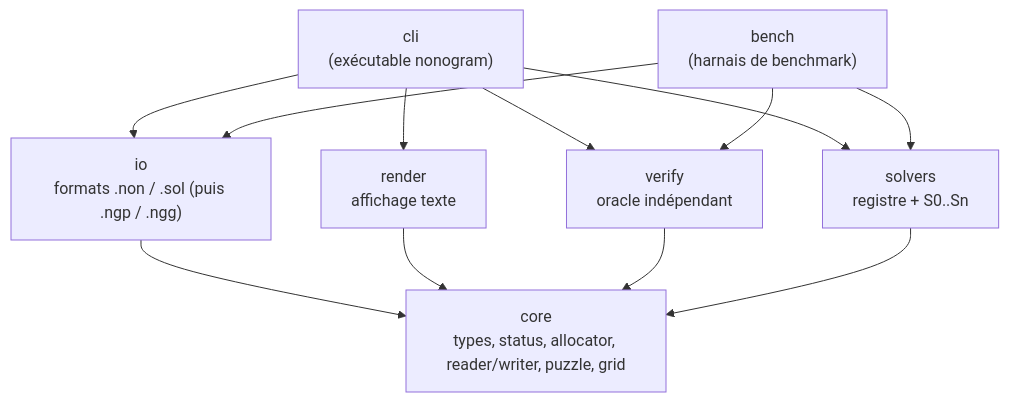
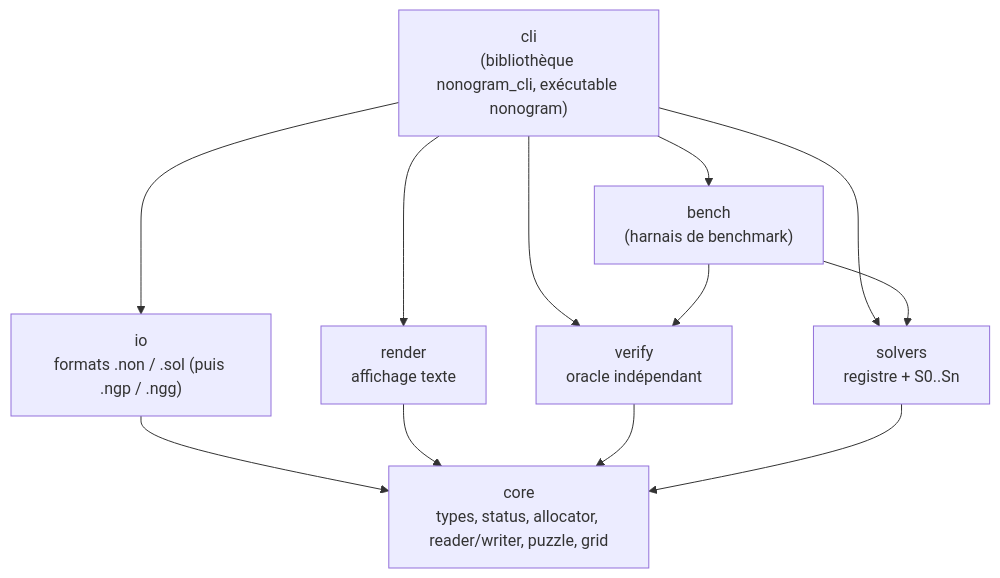
One commit to lou-is-bea/nonogram-solver changed the diagram in docs/ARCHITECTURE.md. Above: the diagram before and after it, drawn with Mermaid. The commit also changed other lines of this file and 110 other files, not shown here.

First line of the commit message:
feat(bench): add the benchmark harness and nonogram bench (#20)

````diff
--- a/docs/ARCHITECTURE.md
+++ b/docs/ARCHITECTURE.md
@@ -11,17 +11,17 @@
 ```mermaid
 flowchart TD
-    cli["cli<br/>(exécutable nonogram)"]
+    cli["cli<br/>(bibliothèque nonogram_cli, exécutable nonogram)"]
     bench["bench<br/>(harnais de benchmark)"]
     io["io<br/>formats .non / .sol (puis .ngp / .ngg)"]
     render["render<br/>affichage texte"]
     verify["verify<br/>oracle indépendant"]
     solvers["solvers<br/>registre + S0..Sn"]
     core["core<br/>types, status, allocator, reader/writer, puzzle, grid"]
 
-    cli --> io & render & verify & solvers
-    bench --> io & verify & solvers
+    cli --> io & render & verify & solvers & bench
+    bench --> verify & solvers
     io --> core
     render --> core
     verify --> core
     solvers --> core
 ```
````
